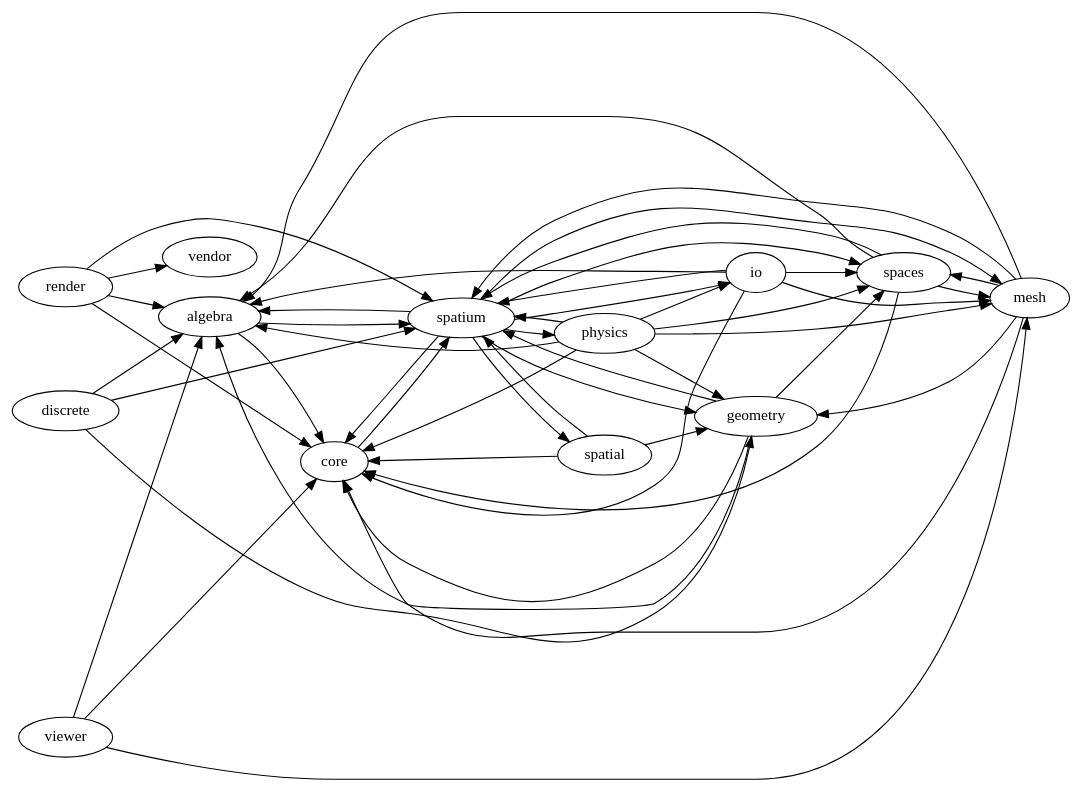
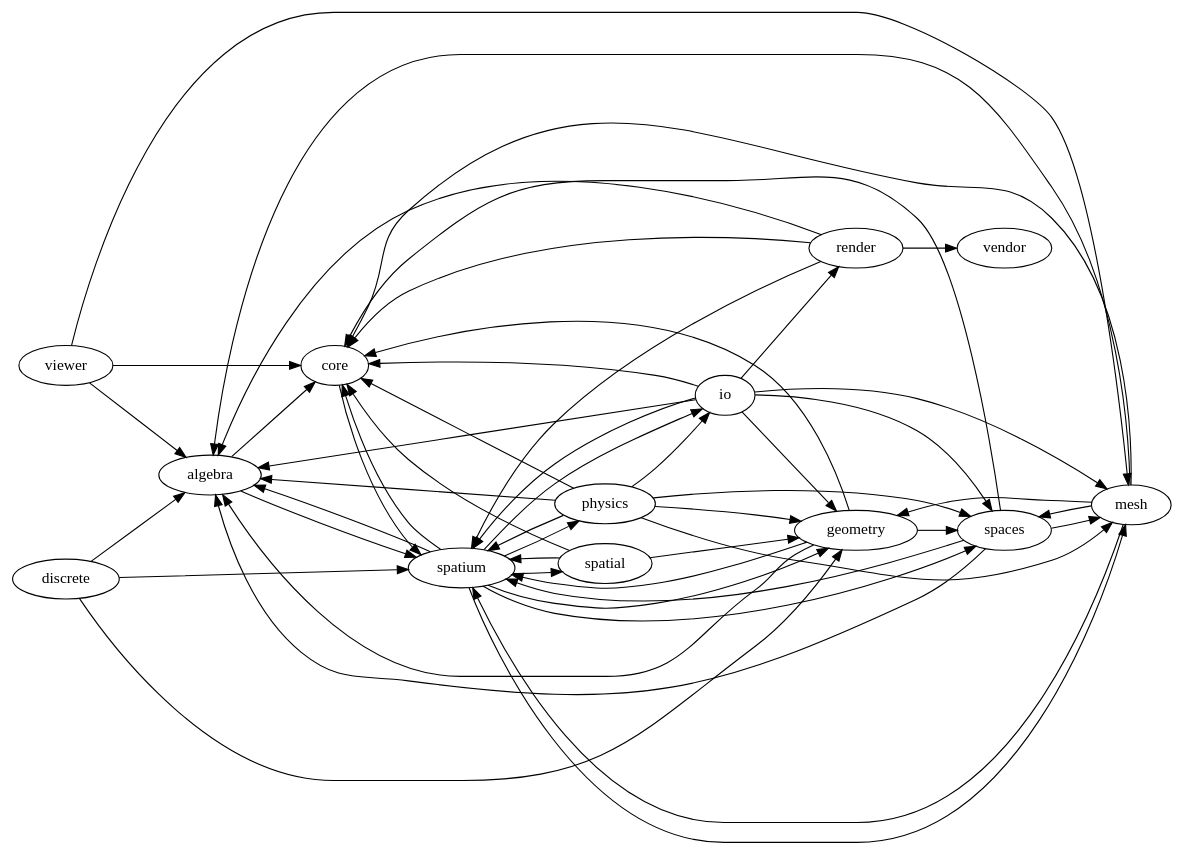
One commit to Vaniell0/spatium changed the diagram in docs/dependency-graph.dot. Above: the diagram before and after it, drawn with Graphviz. The commit also changed 4 other files, not shown here.

```diff
--- a/docs/dependency-graph.dot
+++ b/docs/dependency-graph.dot
@@ -1,52 +1,54 @@
 digraph spatium_dependencies {
     rankdir=LR;
     "algebra" -> "core";
     "algebra" -> "spatium";
     "core" -> "spatium";
     "discrete" -> "algebra";
     "discrete" -> "geometry";
     "discrete" -> "spatium";
     "geometry" -> "algebra";
     "geometry" -> "core";
     "geometry" -> "spaces";
     "geometry" -> "spatium";
     "io" -> "algebra";
     "io" -> "core";
+    "io" -> "geometry";
     "io" -> "mesh";
+    "io" -> "render";
     "io" -> "spaces";
     "io" -> "spatium";
     "mesh" -> "algebra";
     "mesh" -> "core";
     "mesh" -> "geometry";
     "mesh" -> "spaces";
     "mesh" -> "spatium";
     "physics" -> "algebra";
     "physics" -> "core";
     "physics" -> "geometry";
     "physics" -> "io";
     "physics" -> "mesh";
     "physics" -> "spaces";
     "physics" -> "spatium";
     "render" -> "algebra";
     "render" -> "core";
     "render" -> "spatium";
     "render" -> "vendor";
     "spaces" -> "algebra";
     "spaces" -> "core";
     "spaces" -> "mesh";
     "spaces" -> "spatium";
     "spatial" -> "core";
     "spatial" -> "geometry";
     "spatial" -> "spatium";
     "spatium" -> "algebra";
     "spatium" -> "core";
     "spatium" -> "geometry";
     "spatium" -> "io";
     "spatium" -> "mesh";
     "spatium" -> "physics";
     "spatium" -> "spaces";
     "spatium" -> "spatial";
     "viewer" -> "algebra";
     "viewer" -> "core";
     "viewer" -> "mesh";
 }
```
